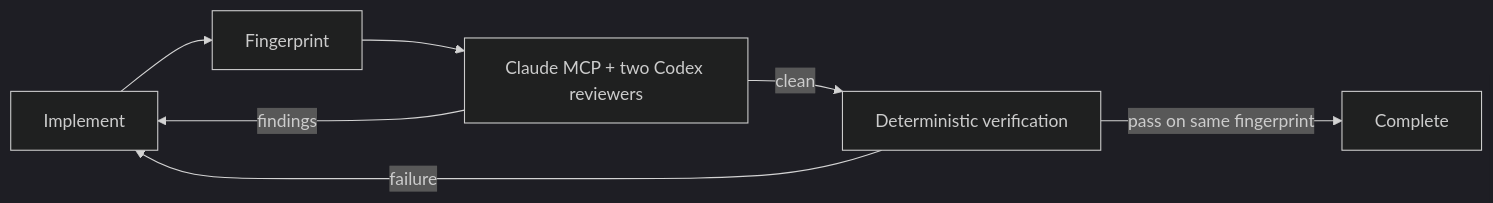
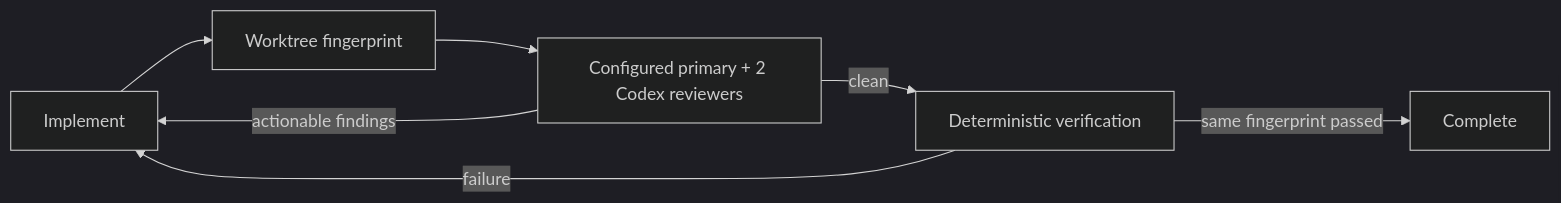
One commit to sd0xdev/sd0x-dev-flow-codex changed the diagram in README.md. Above: the diagram before and after it, drawn with Mermaid (dark theme). The commit also changed other lines of this file and 45 other files, not shown here.

First line of the commit message:
feat: bootstrap sd0x-dev-flow Codex plugin scaffold (runtime, MCP, tests)

````diff
--- a/README.md
+++ b/README.md
@@ -18,9 +22,9 @@
 ```mermaid
 flowchart LR
-  E[Implement] --> F[Fingerprint]
-  F --> R[Claude MCP + two Codex reviewers]
-  R -->|findings| E
+  I[Implement] --> F[Worktree fingerprint]
+  F --> R[Configured primary + 2 Codex reviewers]
+  R -->|actionable findings| I
   R -->|clean| V[Deterministic verification]
-  V -->|failure| E
-  V -->|pass on same fingerprint| C[Complete]
+  V -->|failure| I
+  V -->|same fingerprint passed| C[Complete]
 ```
````
